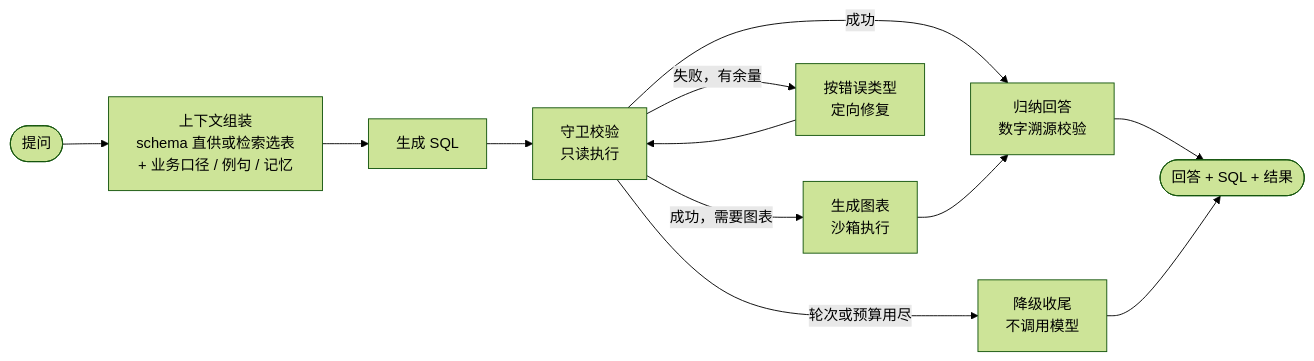
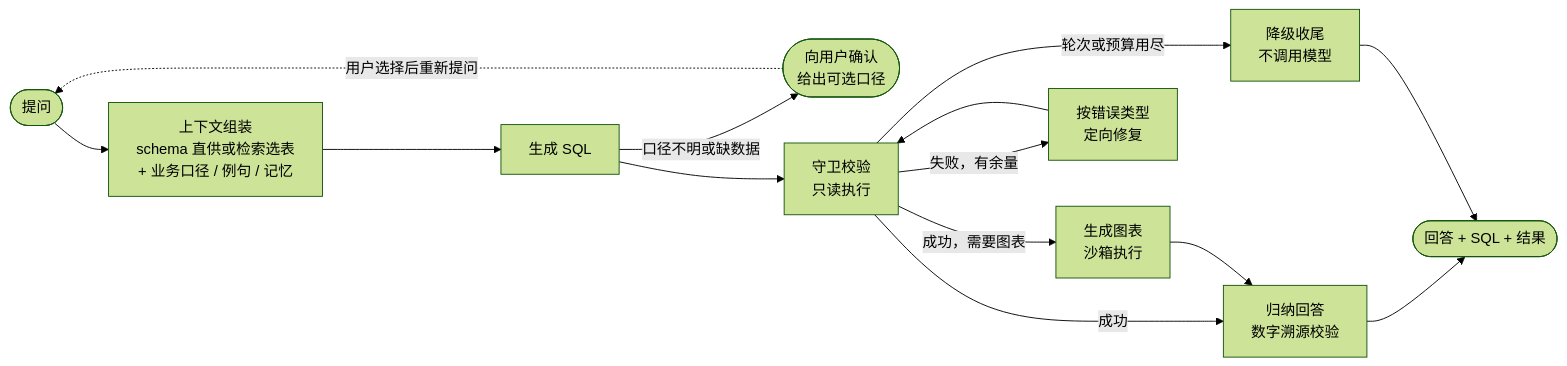
Before and after one commit to BlackMeovv/DeepQuery: the diagram in README.md, drawn with Mermaid (forest theme). The commit also changed other lines of this file and 19 other files, not shown here.

````diff
--- a/README.md
+++ b/README.md
@@ -112,14 +135,16 @@
 ```mermaid
 flowchart LR
     Q([提问]) --> CTX["上下文组装<br/>schema 直供或检索选表<br/>+ 业务口径 / 例句 / 记忆"]
     CTX --> GEN[生成 SQL]
+    GEN -- 口径不明或缺数据 --> ASK(["向用户确认<br/>给出可选口径"])
+    ASK -. 用户选择后重新提问 .-> Q
     GEN --> EXE["守卫校验<br/>只读执行"]
     EXE -- 成功 --> SUM["归纳回答<br/>数字溯源校验"]
     EXE -- 成功，需要图表 --> CH["生成图表<br/>沙箱执行"]
     CH --> SUM
     EXE -- 失败，有余量 --> REP["按错误类型<br/>定向修复"]
     REP --> EXE
     EXE -- 轮次或预算用尽 --> FB["降级收尾<br/>不调用模型"]
     SUM --> OUT([回答 + SQL + 结果])
     FB --> OUT
 ```
````
